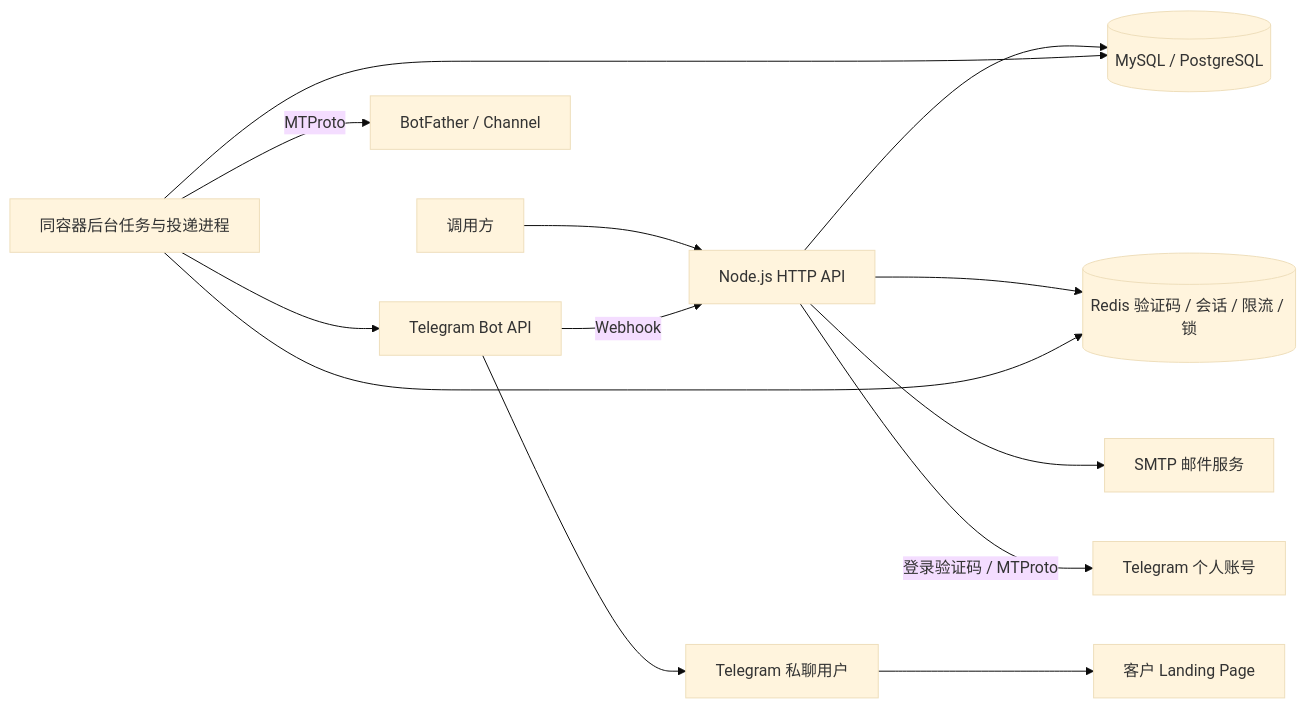
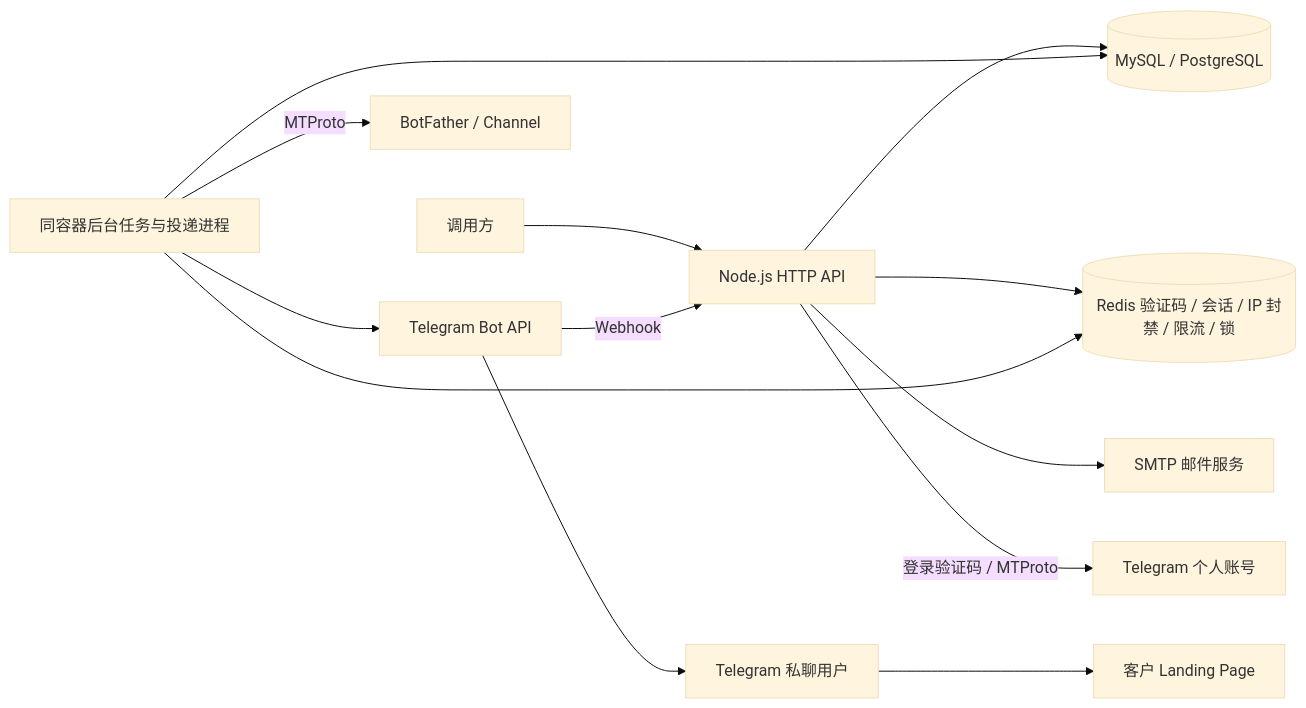
The diagram in README.md (gatherstar101/telegram-card-bot), drawn with Mermaid (base theme) before and after one commit. The commit also changed other lines of this file and 22 other files, not shown here.

````diff
--- a/README.md
+++ b/README.md
@@ -27,15 +30,15 @@
 ```mermaid
 flowchart LR
     Caller[调用方] --> API[Node.js HTTP API]
     API --> SMTP[SMTP 邮件服务]
-    API --> Redis[(Redis 验证码 / 会话 / 限流 / 锁)]
+    API --> Redis[(Redis 验证码 / 会话 / IP 封禁 / 限流 / 锁)]
     API --> DB[(MySQL / PostgreSQL)]
     Queue[同容器后台任务与投递进程] --> DB
     Queue --> Redis
     API -->|登录验证码 / MTProto| TG[Telegram 个人账号]
     Queue -->|MTProto| Father[BotFather / Channel]
     Queue --> BotAPI[Telegram Bot API]
     BotAPI -->|Webhook| API
     BotAPI --> User[Telegram 私聊用户]
     User --> Landing[客户 Landing Page]
 ```
````
